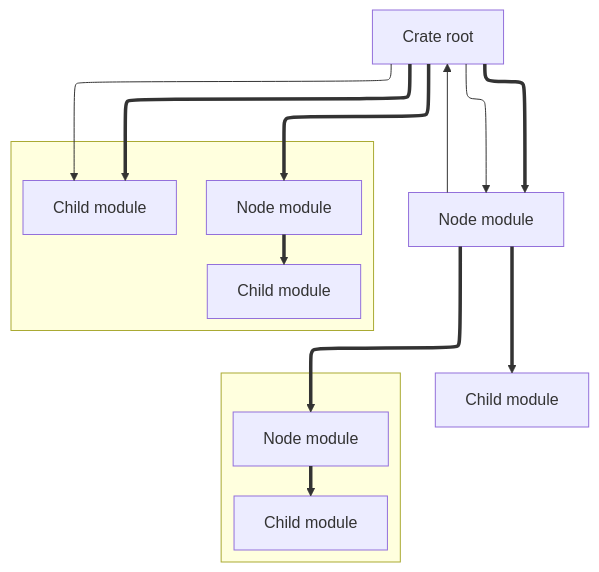
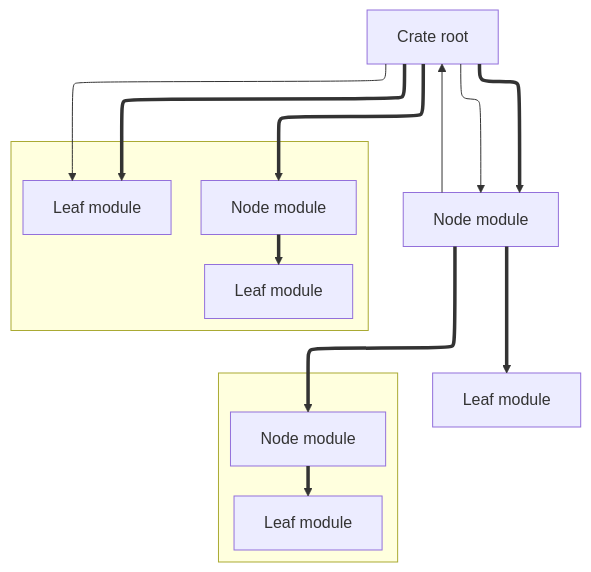
One commit to rust-lang/libc changed the third of 5 diagrams in notes/new-algo.md. Above: the diagram before and after it, drawn with Mermaid. The commit also changed other lines of this file, not shown here.

````diff
--- a/notes/new-algo.md
+++ b/notes/new-algo.md
@@ -1231,29 +1231,29 @@
 ```mermaid
 ---
 config:
   layout: elk
 ---
 graph
   root[Crate root] ==> node[Node module]
-  root ==> newchild[Child module]
+  root ==> newchild[Leaf module]
   root ==> newnode[Node module]
 
   subgraph new["&nbsp"]
   newchild
   newnode
   newnodechild
   end
 
-  newnode ==> newnodechild[Child module]
+  newnode ==> newnodechild[Leaf module]
 
-  node ==> child[Child module]
+  node ==> child[Leaf module]
   node ==> oldnode[Node module]
 
   subgraph old["&nbsp"]
-  oldnode ==> oldchild[Child module]
+  oldnode ==> oldchild[Leaf module]
   end
 
   root --> newchild
   root --> node
   node --> root
 ```
````
